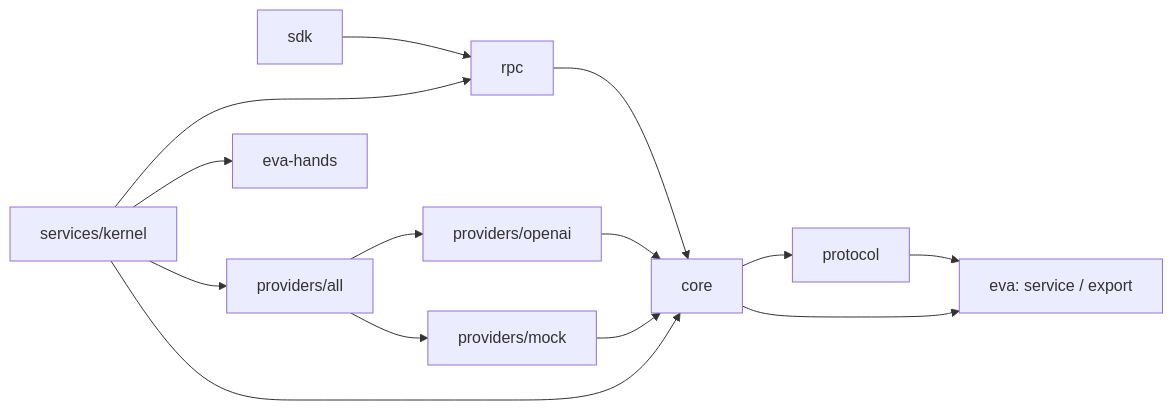
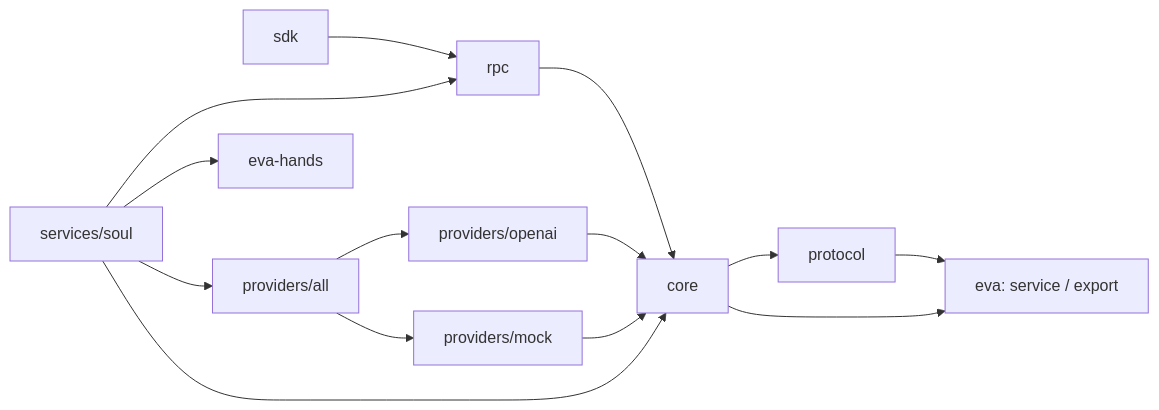
The diagram in README.md (eva-rs/kernel), drawn with Mermaid before and after one commit. The commit also changed other lines of this file and 568 other files, not shown here.

First line of the commit message:
kernel переименован в soul; SDK модулей, локализация, управление сном

````diff
--- a/README.md
+++ b/README.md
@@ -39,16 +44,16 @@
 ```mermaid
 graph LR
   core --> protocol
   protocol --> eva["eva: service / export"]
   core --> eva
   rpc --> core
   sdk --> rpc
   openai[providers/openai] --> core
   mock[providers/mock] --> core
   all[providers/all] --> openai
   all --> mock
-  kernel[services/kernel] --> rpc
-  kernel --> core
-  kernel --> all
-  kernel --> hands[eva-hands]
+  soul[services/soul] --> rpc
+  soul --> core
+  soul --> all
+  soul --> hands[eva-hands]
 ```
````
